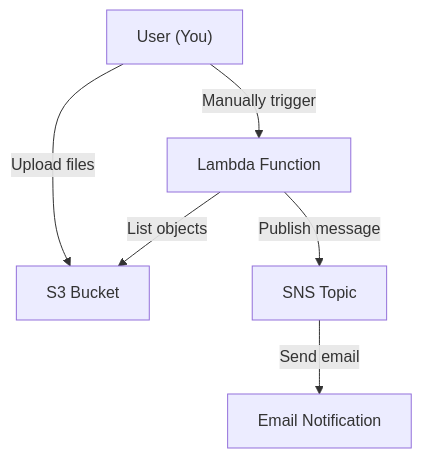
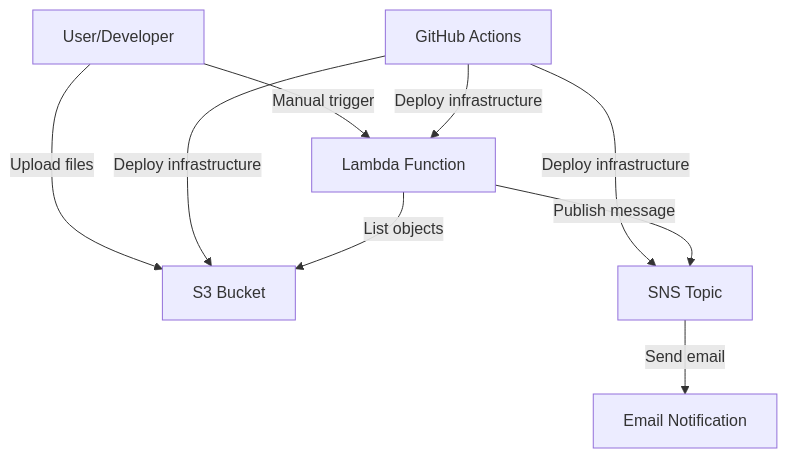
Before and after one commit to Jadaan59/NICE_DevOps_assignment: the diagram in README.md, drawn with Mermaid. The commit also changed other lines of this file and 10 other files, not shown here.

````diff
--- a/README.md
+++ b/README.md
@@ -20,14 +15,18 @@
 ```mermaid
 flowchart TD
-    User["User (You)"]
+    User["User/Developer"]
     S3["S3 Bucket"]
     Lambda["Lambda Function"]
     SNS["SNS Topic"]
     Email["Email Notification"]
+    GitHub["GitHub Actions"]
 
     User -- "Upload files" --> S3
-    User -- "Manually trigger" --> Lambda
+    User -- "Manual trigger" --> Lambda
+    GitHub -- "Deploy infrastructure" --> S3
+    GitHub -- "Deploy infrastructure" --> Lambda
+    GitHub -- "Deploy infrastructure" --> SNS
     Lambda -- "List objects" --> S3
     Lambda -- "Publish message" --> SNS
     SNS -- "Send email" --> Email
 ```
````
